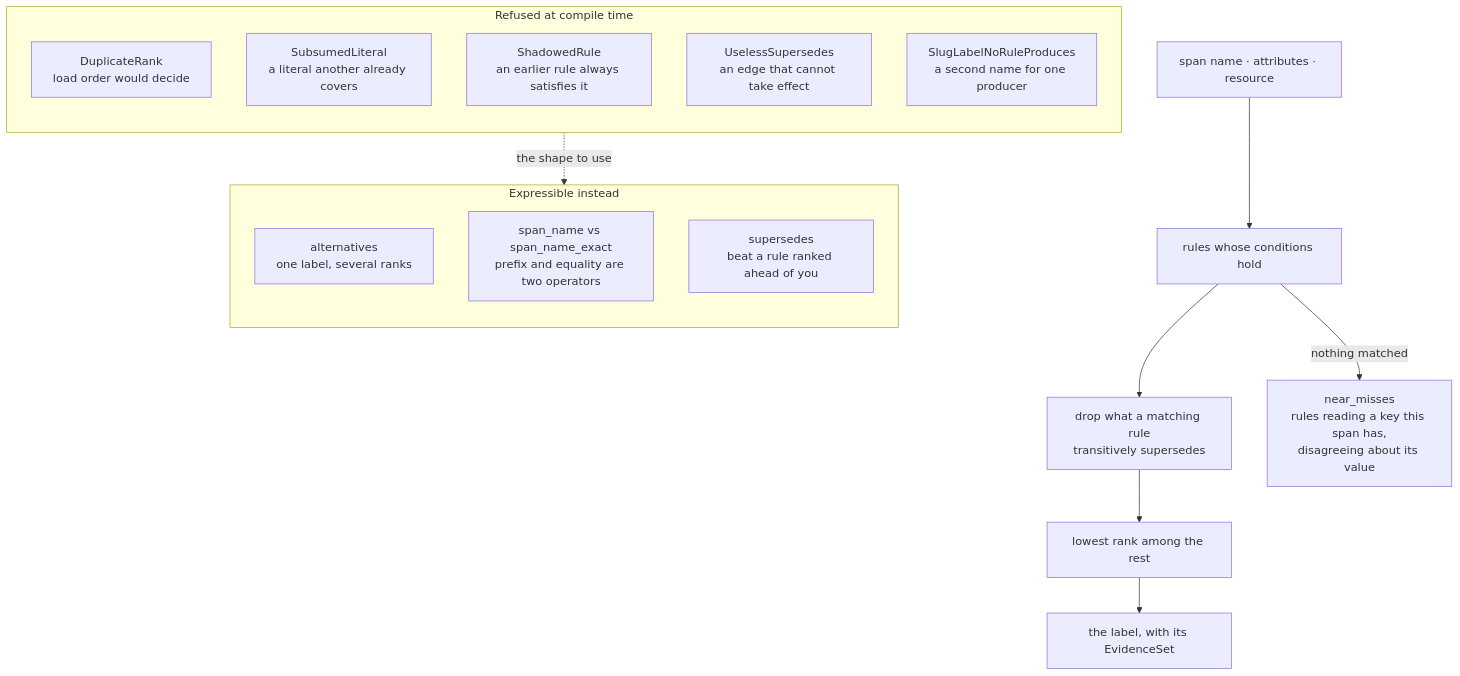
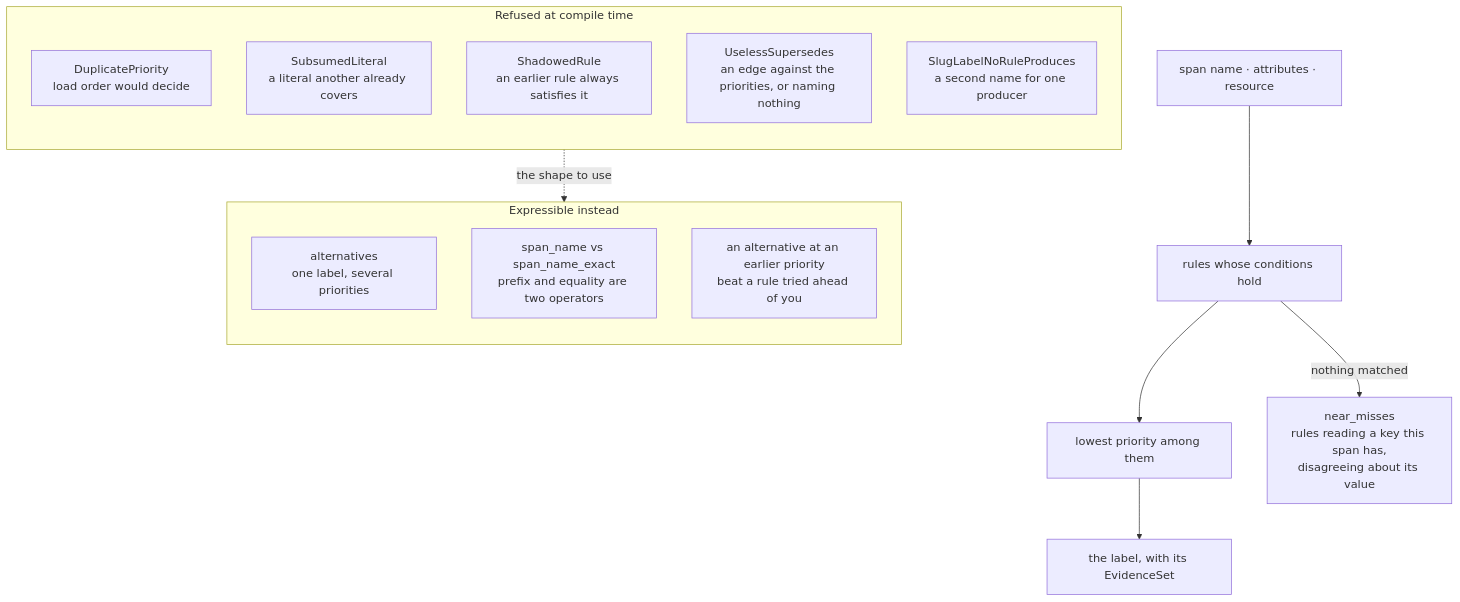
Before and after one commit to sideseat/sideseat: the fifth of 7 diagrams in docs/engineering/architecture-diagrams.md, drawn with Mermaid. The commit also changed other lines of this file and 92 other files, not shown here.

````diff
--- a/docs/engineering/architecture-diagrams.md
+++ b/docs/engineering/architecture-diagrams.md
@@ -212,28 +213,27 @@
 ```mermaid
 flowchart TB
     span["span name · attributes · resource"] --> matching["rules whose conditions hold"]
 
-    matching --> beaten["drop what a matching rule<br/>transitively supersedes"]
-    beaten --> unbeaten["lowest rank among the rest"]
+    matching --> unbeaten["lowest priority among them"]
     unbeaten --> answer["the label, with its EvidenceSet"]
 
     matching -->|"nothing matched"| near["near_misses<br/>rules reading a key this span has,<br/>disagreeing about its value"]
 
     subgraph refused["Refused at compile time"]
         direction TB
-        r1["DuplicateRank<br/>load order would decide"]
+        r1["DuplicatePriority<br/>load order would decide"]
         r2["SubsumedLiteral<br/>a literal another already covers"]
         r3["ShadowedRule<br/>an earlier rule always satisfies it"]
-        r4["UselessSupersedes<br/>an edge that cannot take effect"]
+        r4["UselessSupersedes<br/>an edge against the priorities, or naming nothing"]
         r5["SlugLabelNoRuleProduces<br/>a second name for one producer"]
     end
 
     subgraph express["Expressible instead"]
         direction TB
-        e1["alternatives<br/>one label, several ranks"]
+        e1["alternatives<br/>one label, several priorities"]
         e2["span_name vs span_name_exact<br/>prefix and equality are two operators"]
-        e3["supersedes<br/>beat a rule ranked ahead of you"]
+        e3["an alternative at an earlier priority<br/>beat a rule tried ahead of you"]
     end
 
     refused -.->|"the shape to use"| express
 ```
````
